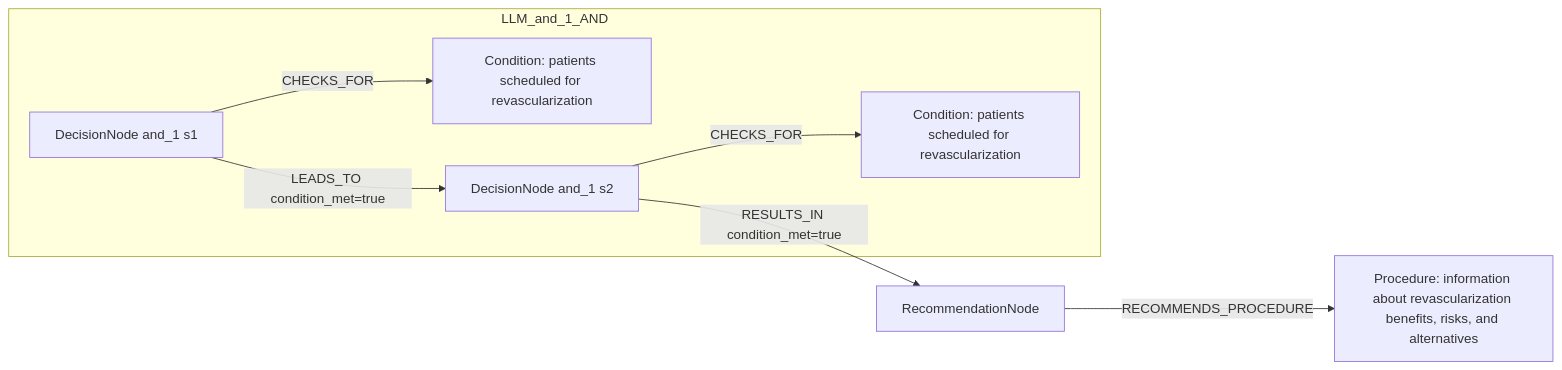
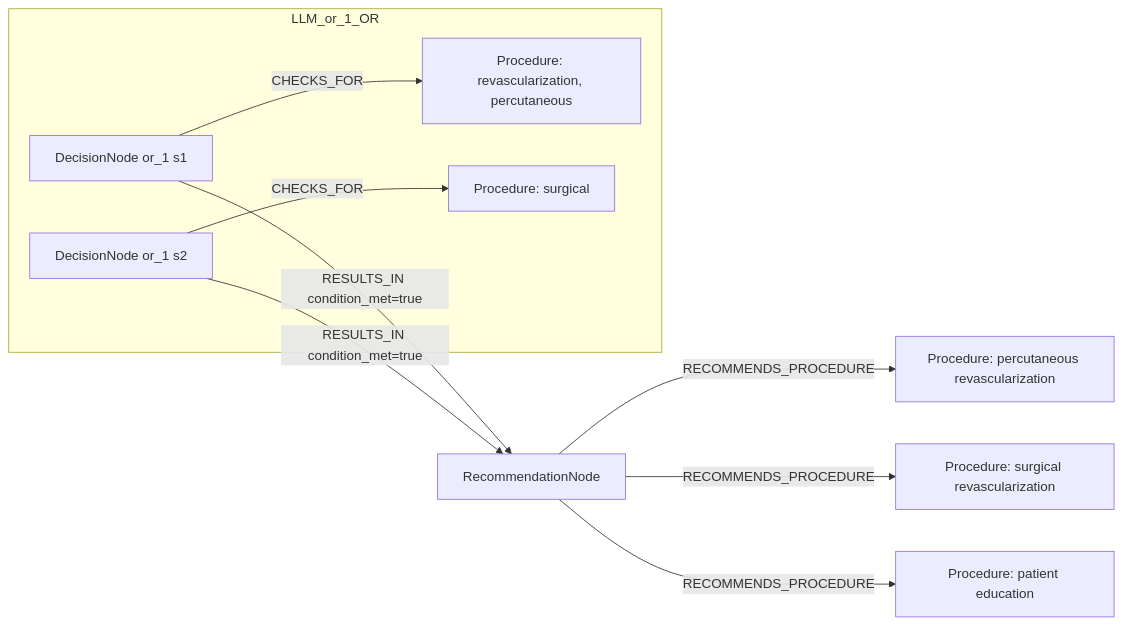
Before and after one commit to dieterich-lab/CardioGuidelinesGraph: the second of 2 diagrams in docs/table22_rows_comparison/row_01.md, drawn with Mermaid. The commit also changed other lines of this file and 20 other files, not shown here.

````diff
--- a/docs/table22_rows_comparison/row_01.md
+++ b/docs/table22_rows_comparison/row_01.md
@@ -288,16 +460,20 @@
 ```mermaid
 graph LR
   REC[RecommendationNode]
-  ACT1[Procedure: information about revascularization benefits, risks, and alternatives]
+  ACT1[Procedure: percutaneous revascularization]
   REC -->|RECOMMENDS_PROCEDURE| ACT1
-  subgraph LLM_and_1_AND
-    D_and_1_1[DecisionNode and_1 s1]
-    C_and_1_1[Condition: patients scheduled for revascularization]
-    D_and_1_1 -->|CHECKS_FOR| C_and_1_1
-    D_and_1_2[DecisionNode and_1 s2]
-    C_and_1_2[Condition: patients scheduled for revascularization]
-    D_and_1_2 -->|CHECKS_FOR| C_and_1_2
-    D_and_1_1 -->|LEADS_TO condition_met=true| D_and_1_2
+  ACT2[Procedure: surgical revascularization]
+  REC -->|RECOMMENDS_PROCEDURE| ACT2
+  ACT3[Procedure: patient education]
+  REC -->|RECOMMENDS_PROCEDURE| ACT3
+  subgraph LLM_or_1_OR
+    D_or_1_1[DecisionNode or_1 s1]
+    C_or_1_1[Procedure: revascularization, percutaneous]
+    D_or_1_1 -->|CHECKS_FOR| C_or_1_1
+    D_or_1_2[DecisionNode or_1 s2]
+    C_or_1_2[Procedure: surgical]
+    D_or_1_2 -->|CHECKS_FOR| C_or_1_2
   end
-  D_and_1_2 -->|RESULTS_IN condition_met=true| REC
+  D_or_1_1 -->|RESULTS_IN condition_met=true| REC
+  D_or_1_2 -->|RESULTS_IN condition_met=true| REC
 ```
````
